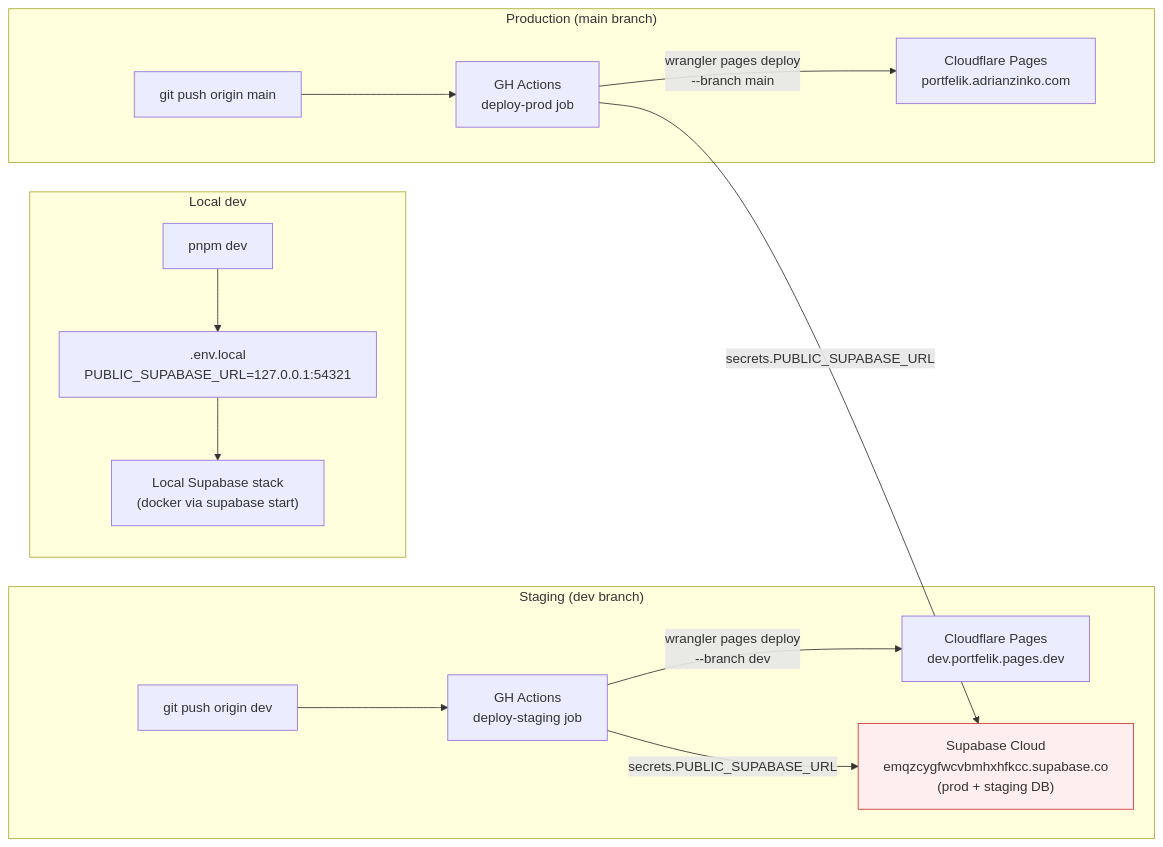
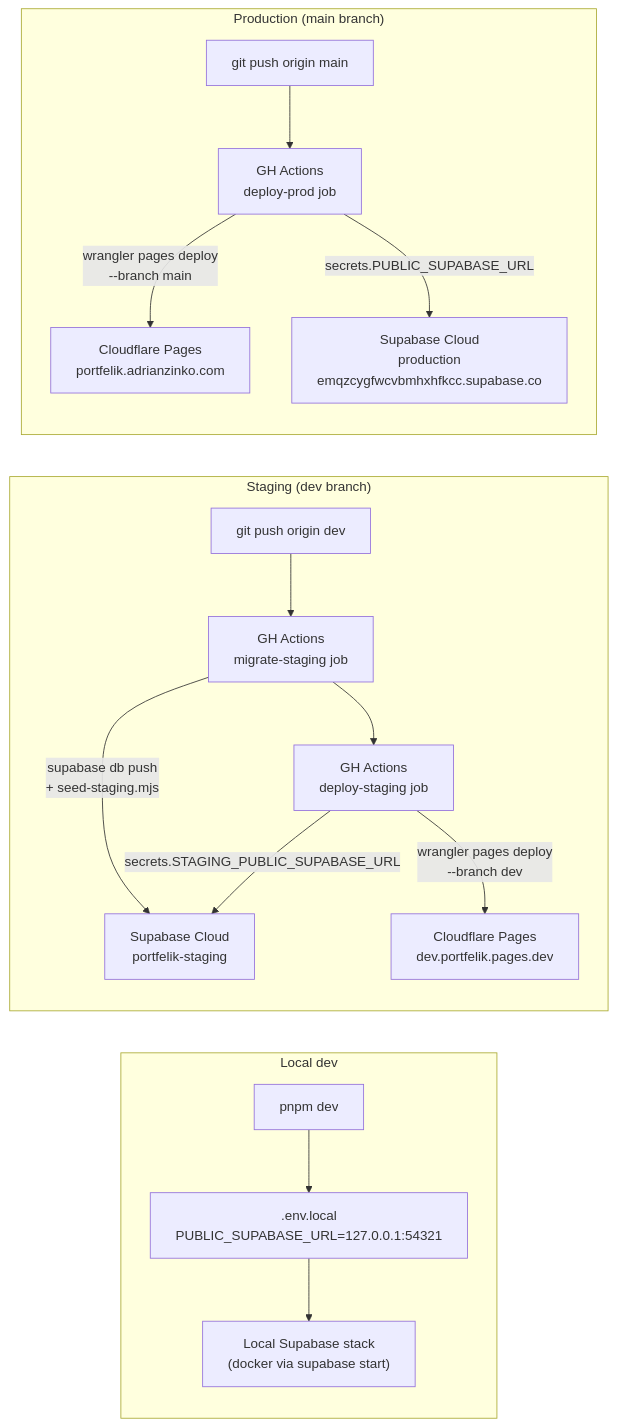
One commit to adrianghub/portfelik changed the first of 2 diagrams in docs/architecture/env-workflow.md. Above: the diagram before and after it, drawn with Mermaid. The commit also changed other lines of this file and 50 other files, not shown here.

````diff
--- a/docs/architecture/env-workflow.md
+++ b/docs/architecture/env-workflow.md
@@ -19,24 +21,24 @@
 ```mermaid
 flowchart LR
   subgraph local["Local dev"]
     devCmd["pnpm dev"] --> envLocal[".env.local<br/>PUBLIC_SUPABASE_URL=127.0.0.1:54321"]
     envLocal --> localStack["Local Supabase stack<br/>(docker via supabase start)"]
   end
 
   subgraph staging["Staging (dev branch)"]
-    pushDev["git push origin dev"] --> ghaDev["GH Actions<br/>deploy-staging job"]
+    pushDev["git push origin dev"] --> ghaDevMigrate["GH Actions<br/>migrate-staging job"]
+    ghaDevMigrate -->|supabase db push<br/>+ seed-staging.mjs| supaStage
+    ghaDevMigrate --> ghaDev["GH Actions<br/>deploy-staging job"]
     ghaDev -->|wrangler pages deploy<br/>--branch dev| cfPagesDev["Cloudflare Pages<br/>dev.portfelik.pages.dev"]
-    ghaDev -->|secrets.PUBLIC_SUPABASE_URL| supaCloud
+    ghaDev -->|secrets.STAGING_PUBLIC_SUPABASE_URL| supaStage
   end
 
   subgraph prod["Production (main branch)"]
     pushMain["git push origin main"] --> ghaProd["GH Actions<br/>deploy-prod job"]
     ghaProd -->|wrangler pages deploy<br/>--branch main| cfPagesProd["Cloudflare Pages<br/>portfelik.adrianzinko.com"]
-    ghaProd -->|secrets.PUBLIC_SUPABASE_URL| supaCloud
+    ghaProd -->|secrets.PUBLIC_SUPABASE_URL| supaProd
   end
 
-  supaCloud["Supabase Cloud<br/>emqzcygfwcvbmhxhfkcc.supabase.co<br/>(prod + staging DB)"]
-
-  classDef warn fill:#fee,stroke:#c33;
-  class supaCloud warn;
+  supaStage["Supabase Cloud<br/>portfelik-staging"]
+  supaProd["Supabase Cloud<br/>production<br/>emqzcygfwcvbmhxhfkcc.supabase.co"]
 ```
````
